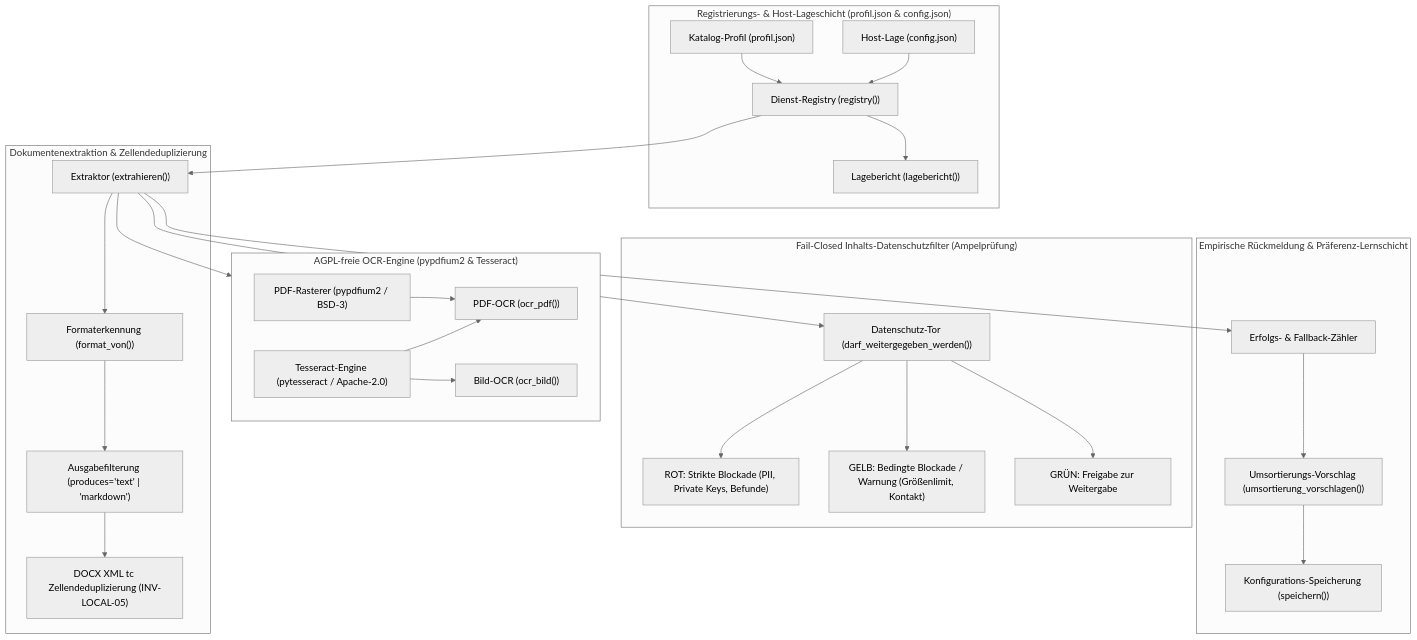
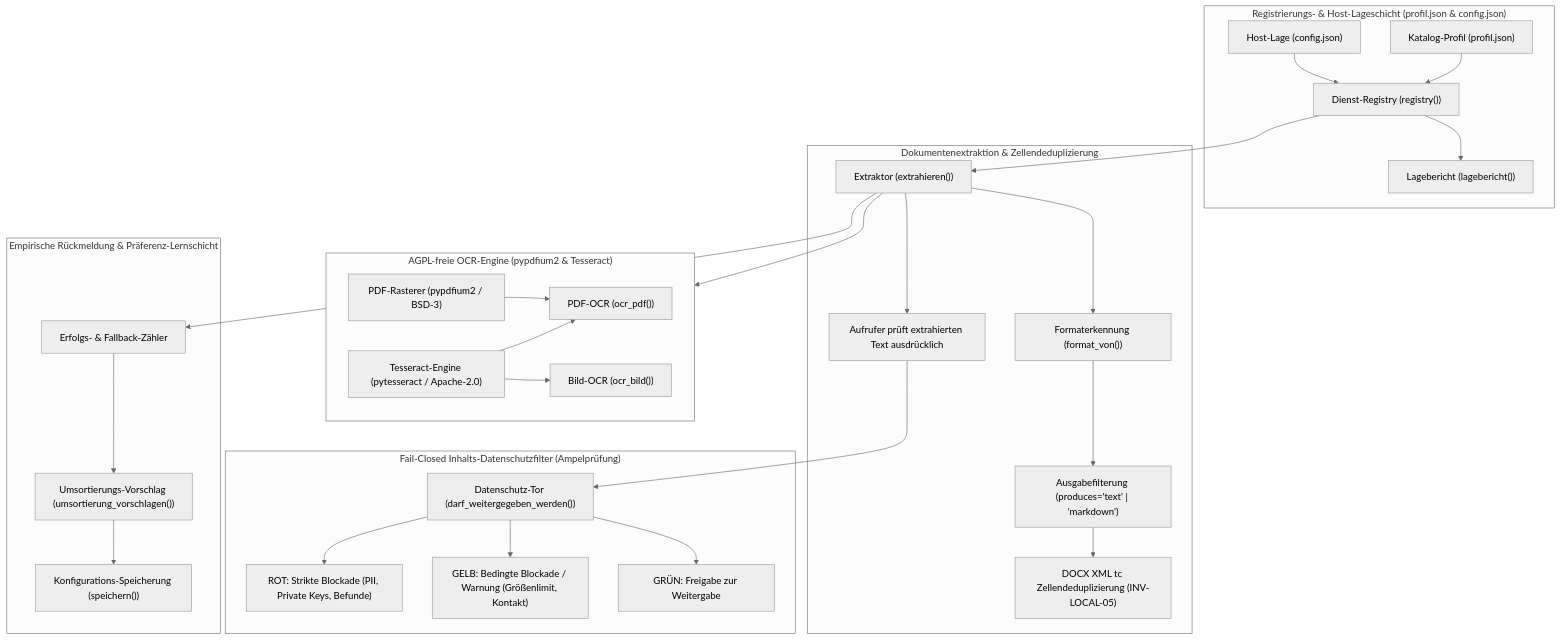
The first of 2 diagrams in README_de.md (ellmos-ai/doc-services), drawn with Mermaid (neutral theme) before and after one commit. The commit also changed other lines of this file and 5 other files, not shown here.

Commit message:
fix(docs): screen extracted DOCX text in privacy examples

````diff
--- a/README_de.md
+++ b/README_de.md
@@ -76,59 +76,61 @@
 ```mermaid
 flowchart TD
     subgraph RegistryLayer ["Registrierungs- & Host-Lageschicht (profil.json & config.json)"]
         PROFIL["Katalog-Profil (profil.json)"]
         CONFIG["Host-Lage (config.json)"]
         REGISTRY["Dienst-Registry (registry())"]
         LAGE["Lagebericht (lagebericht())"]
     end
 
     subgraph ExtractLayer ["Dokumentenextraktion & Zellendeduplizierung"]
         EXTRACT["Extraktor (extrahieren())"]
         FMT["Formaterkennung (format_von())"]
         PRODUCES["Ausgabefilterung (produces='text' | 'markdown')"]
         DEDUP["DOCX XML tc Zellendeduplizierung (INV-LOCAL-05)"]
+        CALLER["Aufrufer prüft extrahierten Text ausdrücklich"]
     end
 
     subgraph OCRLayer ["AGPL-freie OCR-Engine (pypdfium2 & Tesseract)"]
         PDFIUM["PDF-Rasterer (pypdfium2 / BSD-3)"]
         TESS["Tesseract-Engine (pytesseract / Apache-2.0)"]
         OCR_IMG["Bild-OCR (ocr_bild())"]
         OCR_PDF["PDF-OCR (ocr_pdf())"]
     end
 
     subgraph PrivacyLayer ["Fail-Closed Inhalts-Datenschutzfilter (Ampelprüfung)"]
         PRIVACY["Datenschutz-Tor (darf_weitergegeben_werden())"]
         RED["ROT: Strikte Blockade (PII, Private Keys, Befunde)"]
         YELLOW["GELB: Bedingte Blockade / Warnung (Größenlimit, Kontakt)"]
         GREEN["GRÜN: Freigabe zur Weitergabe"]
     end
 
     subgraph LearningLayer ["Empirische Rückmeldung & Präferenz-Lernschicht"]
         LEARN["Erfolgs- & Fallback-Zähler"]
         PROPOSE["Umsortierungs-Vorschlag (umsortierung_vorschlagen())"]
         STORAGE["Konfigurations-Speicherung (speichern())"]
     end
 
     PROFIL --> REGISTRY
     CONFIG --> REGISTRY
     REGISTRY --> LAGE
     REGISTRY --> EXTRACT
 
     EXTRACT --> FMT
     FMT --> PRODUCES
     PRODUCES --> DEDUP
     EXTRACT --> OCRLayer
 
     PDFIUM --> OCR_PDF
     TESS --> OCR_IMG
     TESS --> OCR_PDF
 
-    EXTRACT --> PRIVACY
+    EXTRACT --> CALLER
+    CALLER --> PRIVACY
     PRIVACY --> RED
     PRIVACY --> YELLOW
     PRIVACY --> GREEN
 
     EXTRACT --> LEARN
     LEARN --> PROPOSE
     PROPOSE --> STORAGE
 ```
````
